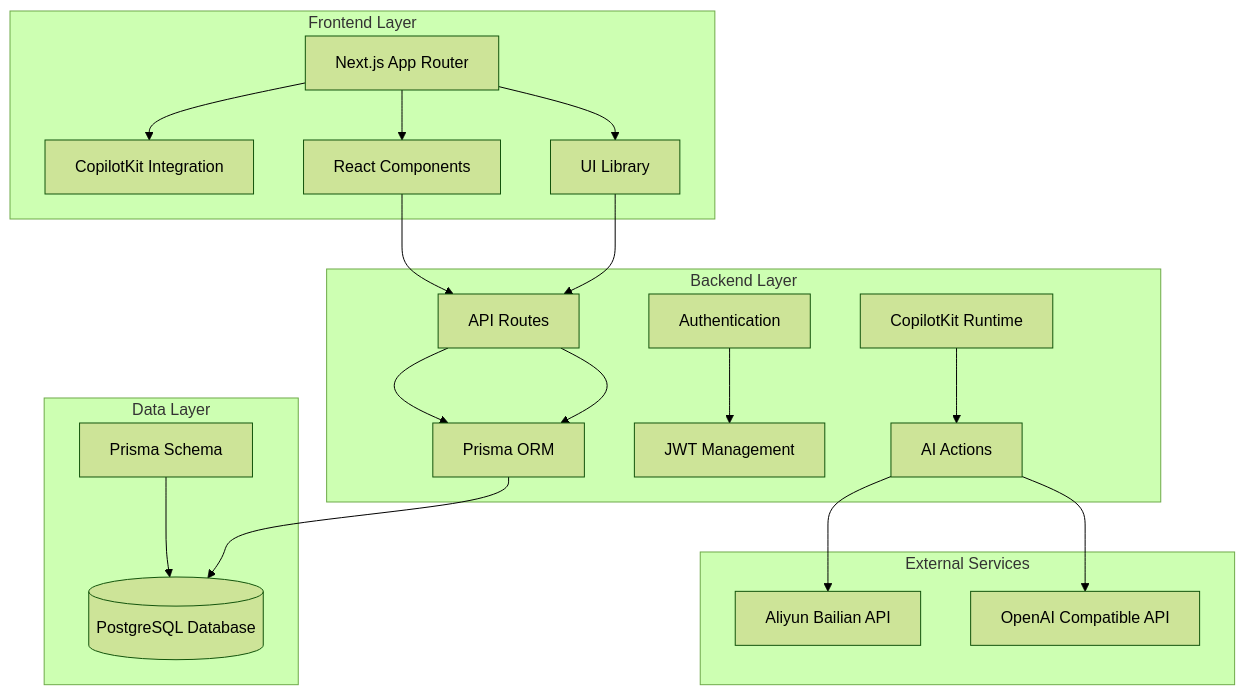
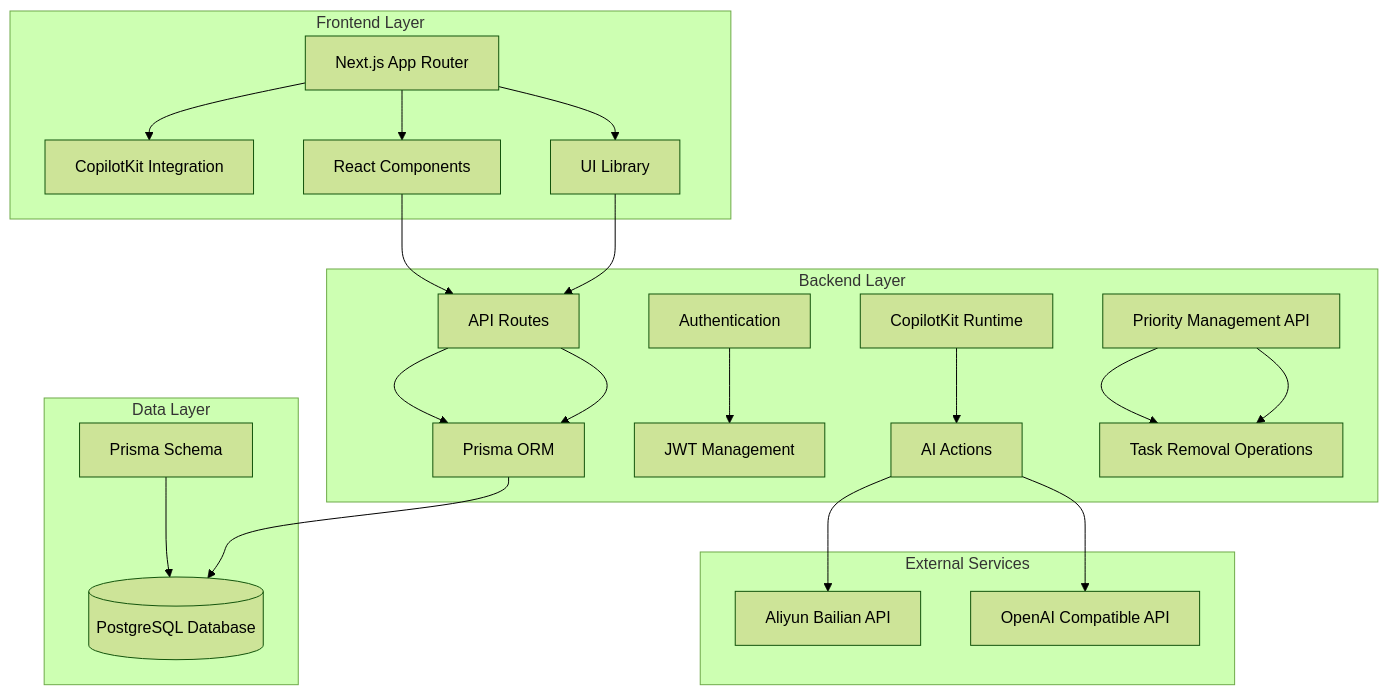
One commit to peixuanhu/goal-mate changed the first of 7 diagrams in .qoder/repowiki/en/content/Feature Modules/Quadrant Task Management System.md. Above: the diagram before and after it, drawn with Mermaid (forest theme). The commit also changed other lines of this file and 3 other files, not shown here.

````diff
--- a/.qoder/repowiki/en/content/Feature Modules/Quadrant Task Management System.md
+++ b/.qoder/repowiki/en/content/Feature Modules/Quadrant Task Management System.md
@@ -47,28 +60,30 @@
 ```mermaid
 graph TB
 subgraph "Frontend Layer"
 A[Next.js App Router] --> B[CopilotKit Integration]
 A --> C[React Components]
 A --> D[UI Library]
 end
 subgraph "Backend Layer"
 E[API Routes] --> F[Prisma ORM]
 G[Authentication] --> H[JWT Management]
 I[CopilotKit Runtime] --> J[AI Actions]
+K[Priority Management API] --> L[Task Removal Operations]
 end
 subgraph "Data Layer"
-K[(PostgreSQL Database)]
-L[Prisma Schema]
+M[(PostgreSQL Database)]
+N[Prisma Schema]
 end
 subgraph "External Services"
-M[Aliyun Bailian API]
-N[OpenAI Compatible API]
+O[Aliyun Bailian API]
+P[OpenAI Compatible API]
 end
 C --> E
 D --> E
 E --> F
-F --> K
-L --> K
-J --> M
-J --> N
+F --> M
+N --> M
+J --> O
+J --> P
+K --> L
 ```
````
